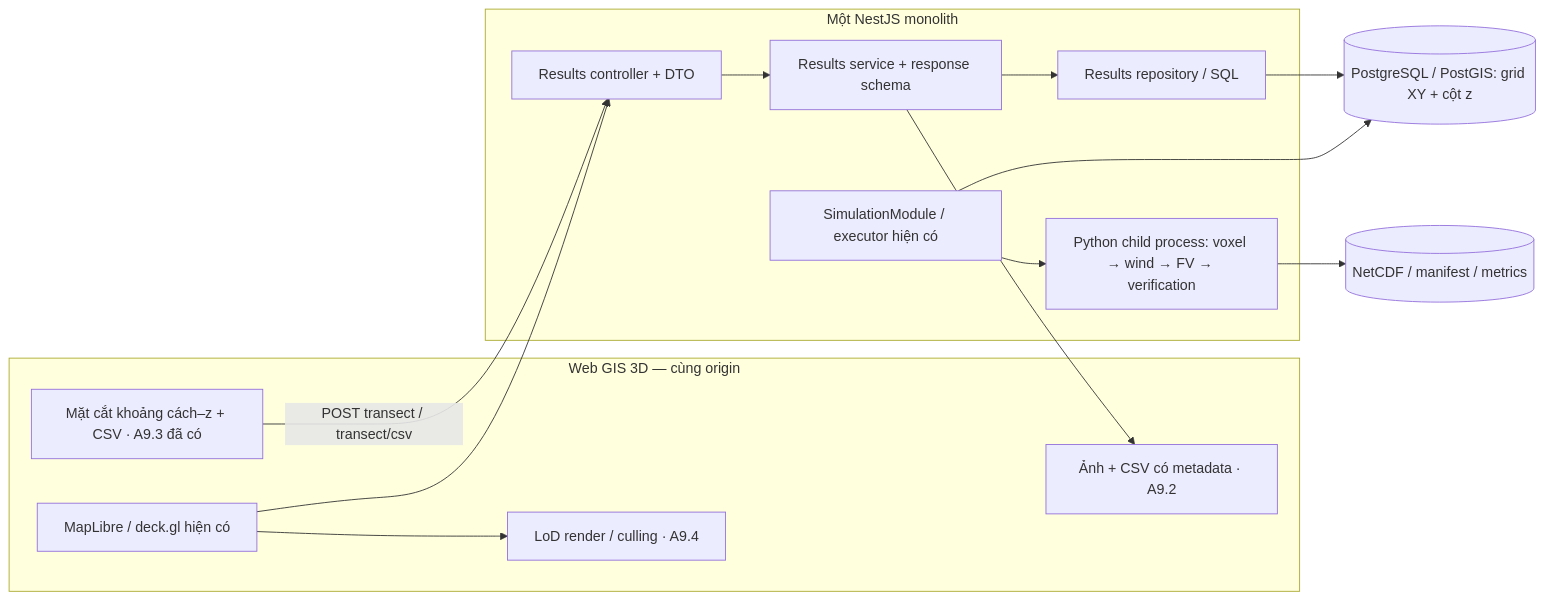
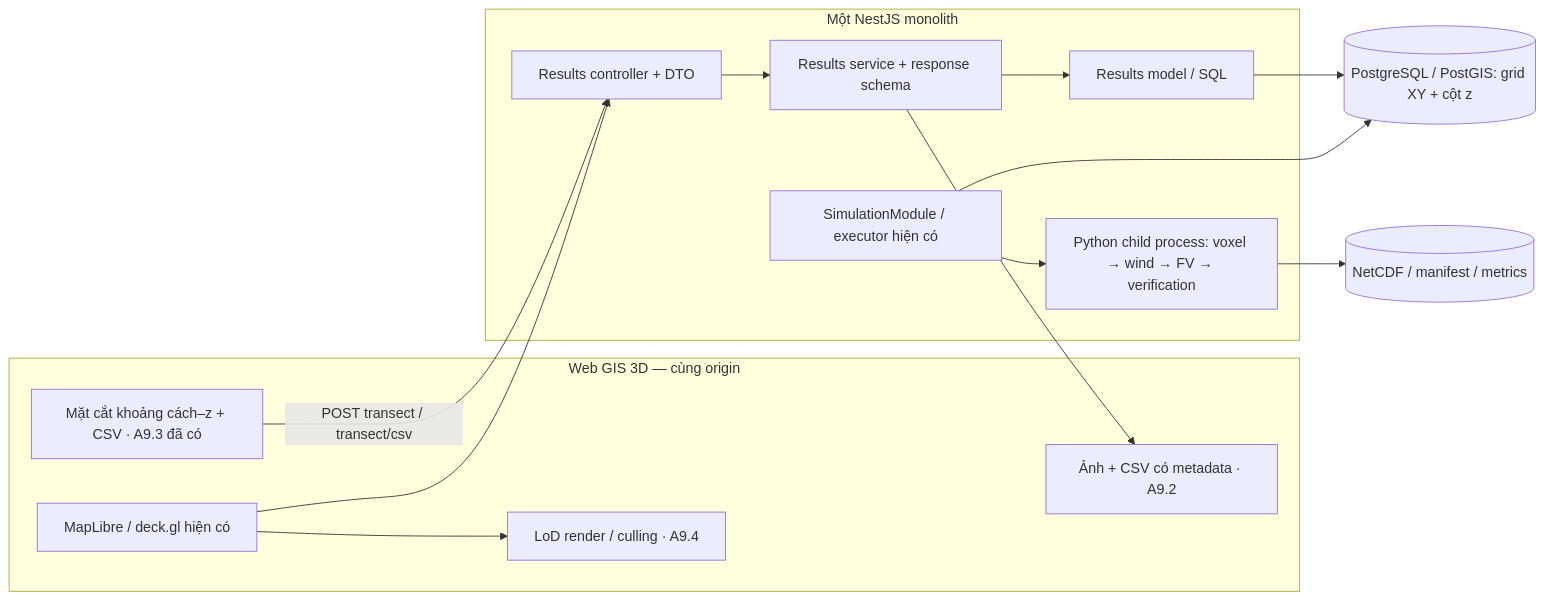
The fifth of 5 diagrams in docs/ARCHITECTURE.md (TamNgx179/IE402_Voxel-air-dispersion), drawn with Mermaid before and after one commit. The commit also changed other lines of this file and 11 other files, not shown here.

Commit message:
docs: update architecture, sequence diagrams and verification guides

````diff
--- a/docs/ARCHITECTURE.md
+++ b/docs/ARCHITECTURE.md
@@ -395,25 +396,25 @@
 ```mermaid
 flowchart LR
   subgraph CLIENT["Web GIS 3D — cùng origin"]
     MAP["MapLibre / deck.gl hiện có"]
     CUT["Mặt cắt khoảng cách–z + CSV · A9.3 đã có"]
     LOD["LoD render / culling · A9.4"]
     EXPORT["Ảnh + CSV có metadata · A9.2"]
   end
   subgraph APP["Một NestJS monolith"]
     CTRL["Results controller + DTO"]
     SVC["Results service + response schema"]
-    REPO["Results repository / SQL"]
+    REPO["Results model / SQL"]
     EXEC["SimulationModule / executor hiện có"]
     PY["Python child process: voxel → wind → FV → verification"]
   end
   PG[("PostgreSQL / PostGIS: grid XY + cột z")]
   FILE[("NetCDF / manifest / metrics")]
   CUT -->|"POST transect / transect/csv"| CTRL
   MAP --> CTRL
   CTRL --> SVC --> REPO --> PG
   SVC --> EXPORT
   MAP --> LOD
   EXEC --> PY --> FILE
   EXEC --> PG
 ```
````
